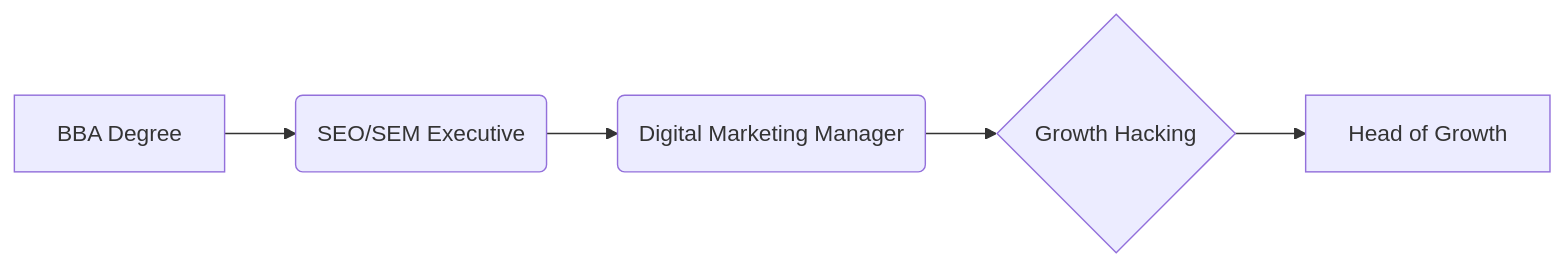
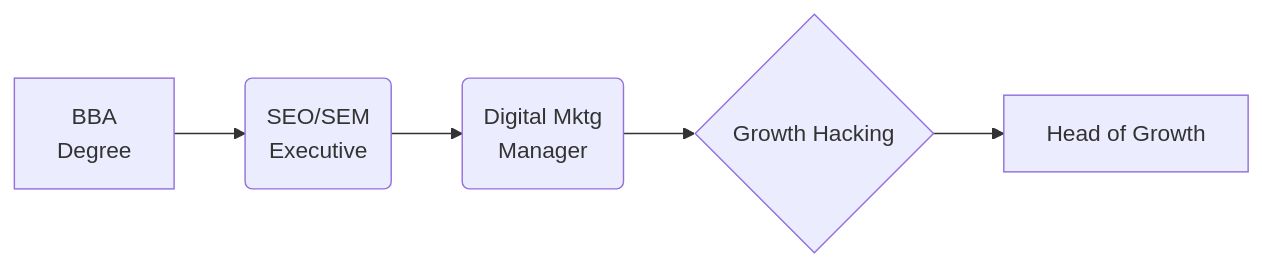
The second of 3 diagrams in curriculum-app/src/content/lessons/ug/bba/sem5/week18.md (the-career-breweries/tcb-soft-skills), drawn with Mermaid before and after one commit. The commit also changed other lines of this file and 5 other files, not shown here.

Commit message:
fix: aggressively solve mermaid text truncation

````diff
--- a/curriculum-app/src/content/lessons/ug/bba/sem5/week18.md
+++ b/curriculum-app/src/content/lessons/ug/bba/sem5/week18.md
@@ -42,7 +42,7 @@
 ```mermaid
 flowchart LR
-    A[BBA Degree] --> B(SEO/SEM Executive)
-    B --> C(Digital Marketing Manager)
+    A[BBA<br/>Degree] --> B(SEO/SEM<br/>Executive)
+    B --> C(Digital Mktg<br/>Manager)
     C --> D{Growth Hacking}
     D --> E[Head of Growth]
 ```
````
